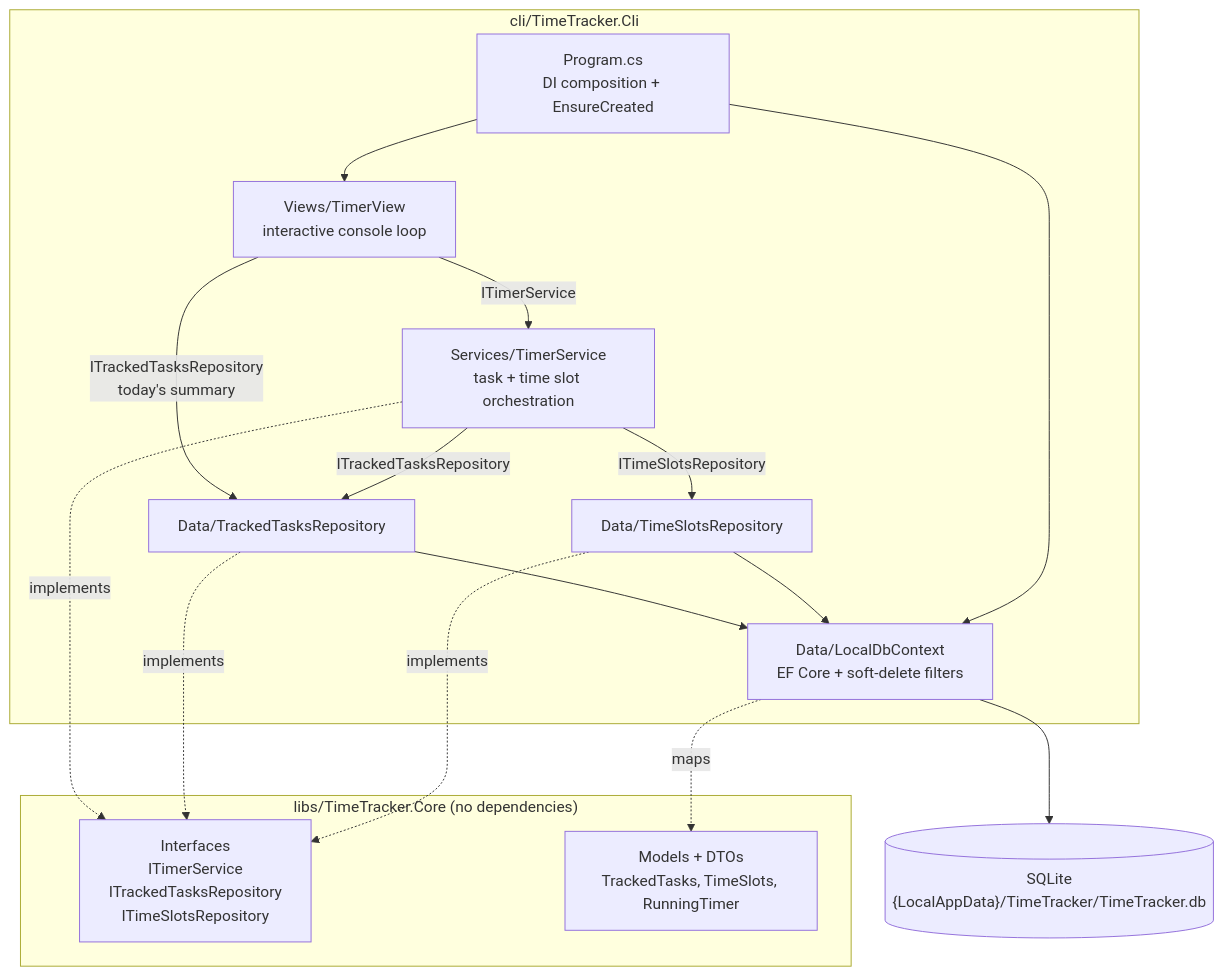
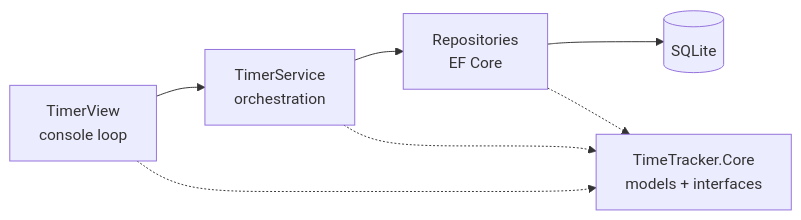
One commit to TobiasAagaard/TimeTracker changed the diagram in README.md. Above: the diagram before and after it, drawn with Mermaid. The commit also changed other lines of this file, not shown here.

Commit message:
Made the diagram more simple

````diff
--- a/README.md
+++ b/README.md
@@ -9,33 +9,11 @@
 ```mermaid
-flowchart TD
-	subgraph cli["cli/TimeTracker.Cli"]
-		Program["Program.cs<br/>DI composition + EnsureCreated"]
-		View["Views/TimerView<br/>interactive console loop"]
-		Service["Services/TimerService<br/>task + time slot orchestration"]
-		TaskRepo["Data/TrackedTasksRepository"]
-		SlotRepo["Data/TimeSlotsRepository"]
-		Db["Data/LocalDbContext<br/>EF Core + soft-delete filters"]
-	end
+flowchart LR
+	View["TimerView<br/>console loop"] --> Service["TimerService<br/>orchestration"]
+	Service --> Repos["Repositories<br/>EF Core"]
+	Repos --> Sqlite[("SQLite")]
 
-	subgraph core["libs/TimeTracker.Core (no dependencies)"]
-		Interfaces["Interfaces<br/>ITimerService<br/>ITrackedTasksRepository<br/>ITimeSlotsRepository"]
-		Models["Models + DTOs<br/>TrackedTasks, TimeSlots, RunningTimer"]
-	end
-
-	Sqlite[("SQLite<br/>{LocalAppData}/TimeTracker/TimeTracker.db")]
-
-	Program --> View
-	View -->|ITimerService| Service
-	View -->|ITrackedTasksRepository<br/>today's summary| TaskRepo
-	Service -->|ITrackedTasksRepository| TaskRepo
-	Service -->|ITimeSlotsRepository| SlotRepo
-	TaskRepo --> Db
-	SlotRepo --> Db
-	Program --> Db
-	Db --> Sqlite
-
-	Service -.implements.-> Interfaces
-	TaskRepo -.implements.-> Interfaces
-	SlotRepo -.implements.-> Interfaces
-	Db -.maps.-> Models
+	Core["TimeTracker.Core<br/>models + interfaces"]
+	Service -.-> Core
+	View -.-> Core
+	Repos -.-> Core
 ```
````
